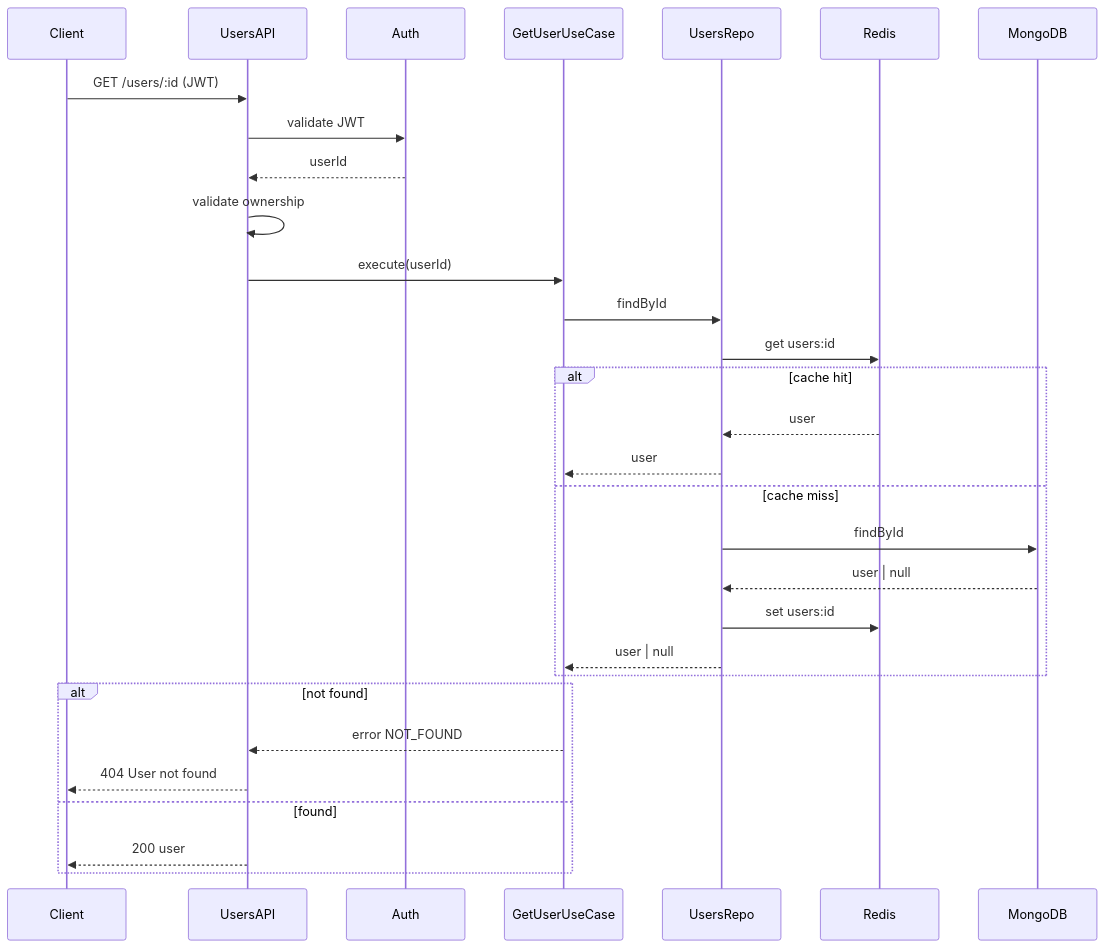
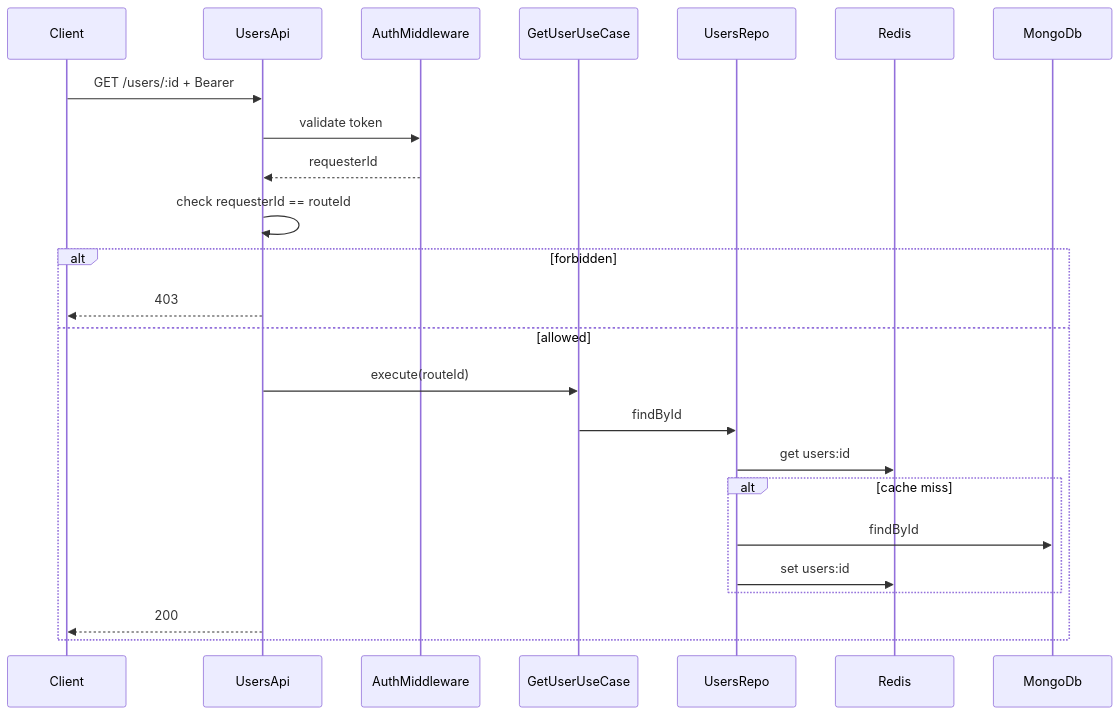
The third of 7 diagrams in README.md (rodrigocardosodev/ilia-nodejs-challenge), drawn with Mermaid before and after one commit. The commit also changed other lines of this file, not shown here.

Commit message:
docs: update README to include detailed API endpoints, rate limiting information, and observability setup with Prometheus and Grafana

````diff
--- a/README.md
+++ b/README.md
@@ -196,33 +289,27 @@
 ```mermaid
 sequenceDiagram
     participant Client
-    participant UsersAPI
-    participant Auth
+    participant UsersApi
+    participant AuthMiddleware
     participant GetUserUseCase
     participant UsersRepo
     participant Redis
-    participant MongoDB
+    participant MongoDb
 
-    Client->>UsersAPI: GET /users/:id (JWT)
-    UsersAPI->>Auth: validate JWT
-    Auth-->>UsersAPI: userId
-    UsersAPI->>UsersAPI: validate ownership
-    UsersAPI->>GetUserUseCase: execute(userId)
-    GetUserUseCase->>UsersRepo: findById
-    UsersRepo->>Redis: get users:id
-    alt cache hit
-        Redis-->>UsersRepo: user
-        UsersRepo-->>GetUserUseCase: user
-    else cache miss
-        UsersRepo->>MongoDB: findById
-        MongoDB-->>UsersRepo: user | null
-        UsersRepo->>Redis: set users:id
-        UsersRepo-->>GetUserUseCase: user | null
-    end
-    alt not found
-        GetUserUseCase-->>UsersAPI: error NOT_FOUND
-        UsersAPI-->>Client: 404 User not found
-    else found
-        UsersAPI-->>Client: 200 user
+    Client->>UsersApi: GET /users/:id + Bearer
+    UsersApi->>AuthMiddleware: validate token
+    AuthMiddleware-->>UsersApi: requesterId
+    UsersApi->>UsersApi: check requesterId == routeId
+    alt forbidden
+        UsersApi-->>Client: 403
+    else allowed
+        UsersApi->>GetUserUseCase: execute(routeId)
+        GetUserUseCase->>UsersRepo: findById
+        UsersRepo->>Redis: get users:id
+        alt cache miss
+            UsersRepo->>MongoDb: findById
+            UsersRepo->>Redis: set users:id
+        end
+        UsersApi-->>Client: 200
     end
 ```
````
